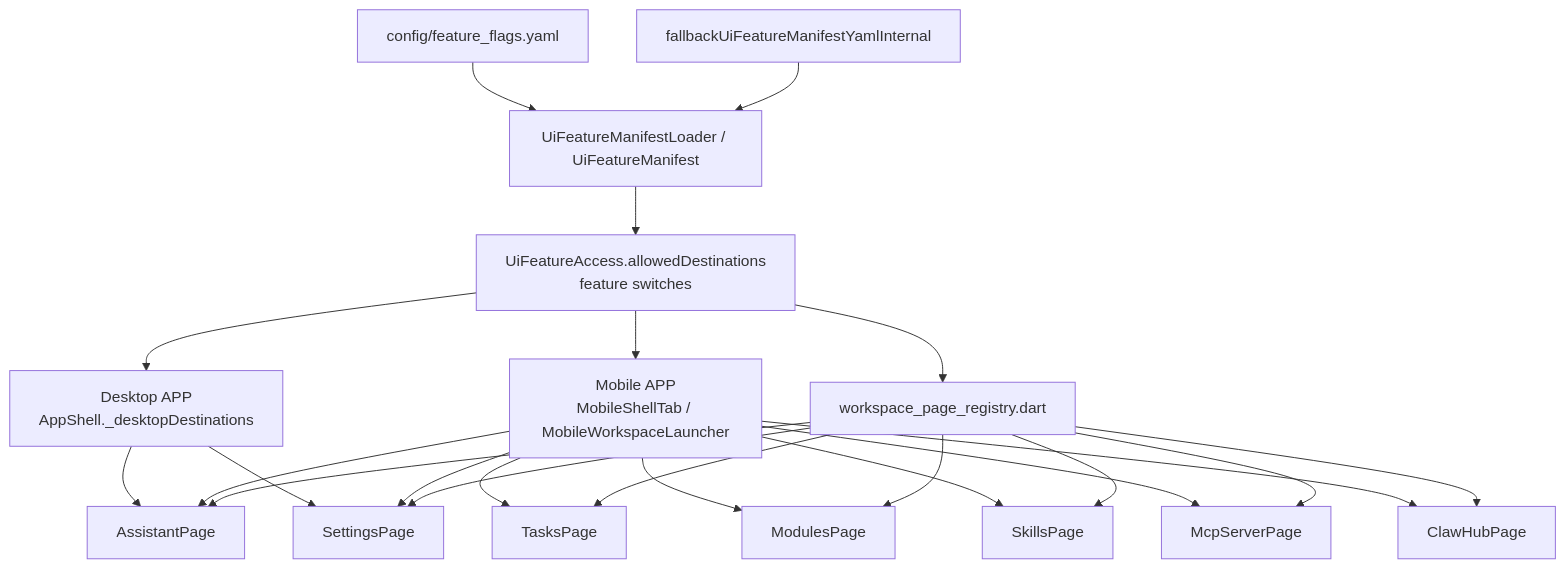
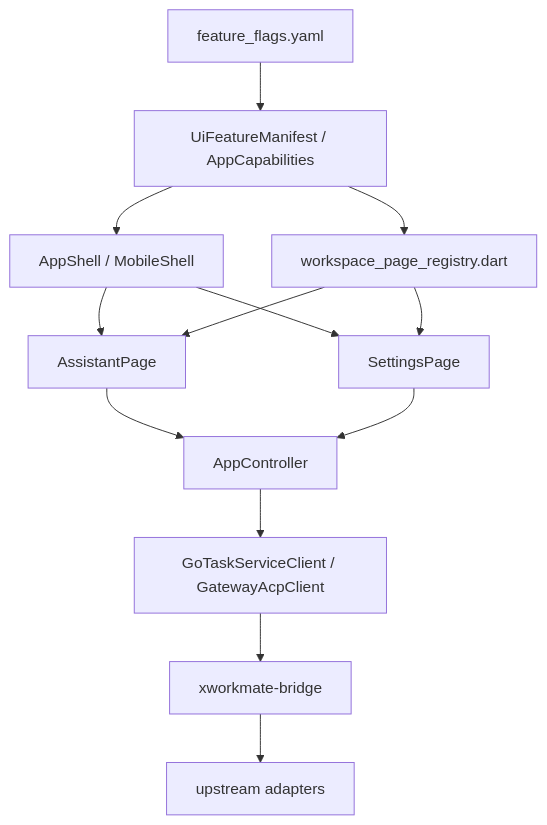
One commit to x-evor/xworkmate changed the second of 2 diagrams in docs/architecture/xworkmate-core-module-inventory-2026-04-13.md. Above: the diagram before and after it, drawn with Mermaid. The commit also changed other lines of this file and 30 other files, not shown here.

````diff
--- a/docs/architecture/xworkmate-core-module-inventory-2026-04-13.md
+++ b/docs/architecture/xworkmate-core-module-inventory-2026-04-13.md
@@ -97,46 +69,26 @@
 ```mermaid
 flowchart TD
-    M1["config/feature_flags.yaml"]
-    M2["fallbackUiFeatureManifestYamlInternal"]
-    M3["UiFeatureManifestLoader / UiFeatureManifest"]
-    M4["UiFeatureAccess.allowedDestinations<br/>feature switches"]
-
-    D1["Desktop APP<br/>AppShell._desktopDestinations"]
-    D2["Mobile APP<br/>MobileShellTab / MobileWorkspaceLauncher"]
-    D3["workspace_page_registry.dart"]
-
+    M1["feature_flags.yaml"]
+    M2["UiFeatureManifest / AppCapabilities"]
+    M3["AppShell / MobileShell"]
+    M4["workspace_page_registry.dart"]
     P1["AssistantPage"]
     P2["SettingsPage"]
-    P3["TasksPage"]
-    P4["ModulesPage"]
-    P5["SkillsPage"]
-    P6["McpServerPage"]
-    P7["ClawHubPage"]
+    C1["AppController"]
+    R1["GoTaskServiceClient / GatewayAcpClient"]
+    B1["xworkmate-bridge"]
+    U1["upstream adapters"]
 
-    M1 --> M3
+    M1 --> M2
     M2 --> M3
-    M3 --> M4
-
-    M4 --> D1
-    M4 --> D2
-    M4 --> D3
-
-    D1 --> P1
-    D1 --> P2
-
-    D2 --> P1
-    D2 --> P2
-    D2 --> P3
-    D2 --> P4
-    D2 --> P5
-    D2 --> P6
-    D2 --> P7
-
-    D3 --> P1
-    D3 --> P2
-    D3 --> P3
-    D3 --> P4
-    D3 --> P5
-    D3 --> P6
-    D3 --> P7
+    M2 --> M4
+    M3 --> P1
+    M3 --> P2
+    M4 --> P1
+    M4 --> P2
+    P1 --> C1
+    P2 --> C1
+    C1 --> R1
+    R1 --> B1
+    B1 --> U1
 ```
````
